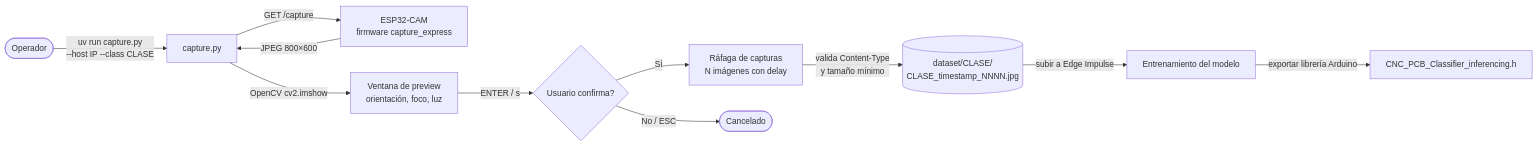
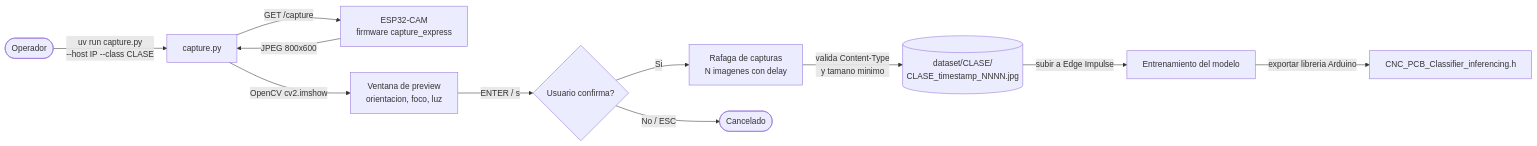
The third of 3 diagrams in README.md (Deivs117/IoT_CNC_Monitoring), drawn with Mermaid before and after one commit. The commit also changed other lines of this file and 8 other files, not shown here.

````diff
--- a/README.md
+++ b/README.md
@@ -194,13 +220,13 @@
 ```mermaid
 flowchart LR
     A([Operador]) -->|uv run capture.py\n--host IP --class CLASE| B[capture.py]
     B -->|GET /capture| C[ESP32-CAM\nfirmware capture_express]
-    C -->|JPEG 800×600| B
-    B -->|OpenCV cv2.imshow| D[Ventana de preview\norientación, foco, luz]
+    C -->|JPEG 800x600| B
+    B -->|OpenCV cv2.imshow| D[Ventana de preview\norientacion, foco, luz]
     D -->|ENTER / s| E{Usuario confirma?}
-    E -->|Sí| F[Ráfaga de capturas\nN imágenes con delay]
+    E -->|Si| F[Rafaga de capturas\nN imagenes con delay]
     E -->|No / ESC| G([Cancelado])
-    F -->|valida Content-Type\ny tamaño mínimo| H[(dataset/CLASE/\nCLASE_timestamp_NNNN.jpg)]
+    F -->|valida Content-Type\ny tamano minimo| H[(dataset/CLASE/\nCLASE_timestamp_NNNN.jpg)]
     H -->|subir a Edge Impulse| I[Entrenamiento del modelo]
-    I -->|exportar librería Arduino| J[CNC_PCB_Classifier_inferencing.h]
+    I -->|exportar libreria Arduino| J[CNC_PCB_Classifier_inferencing.h]
 ```
````
